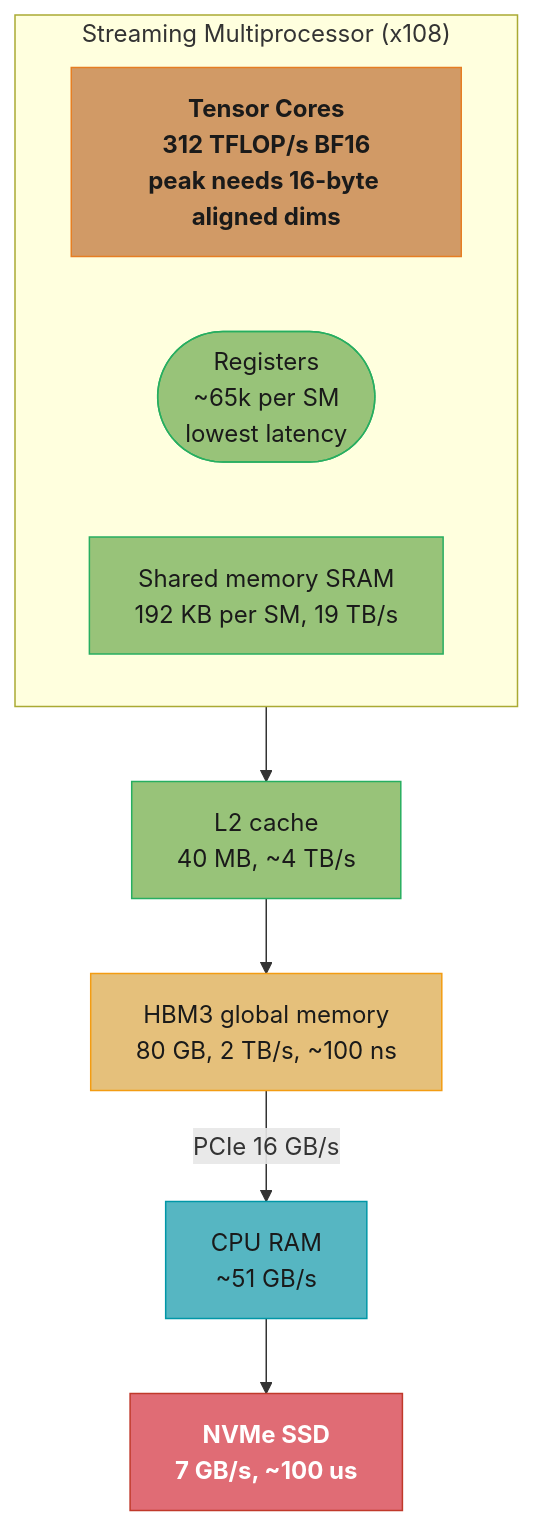
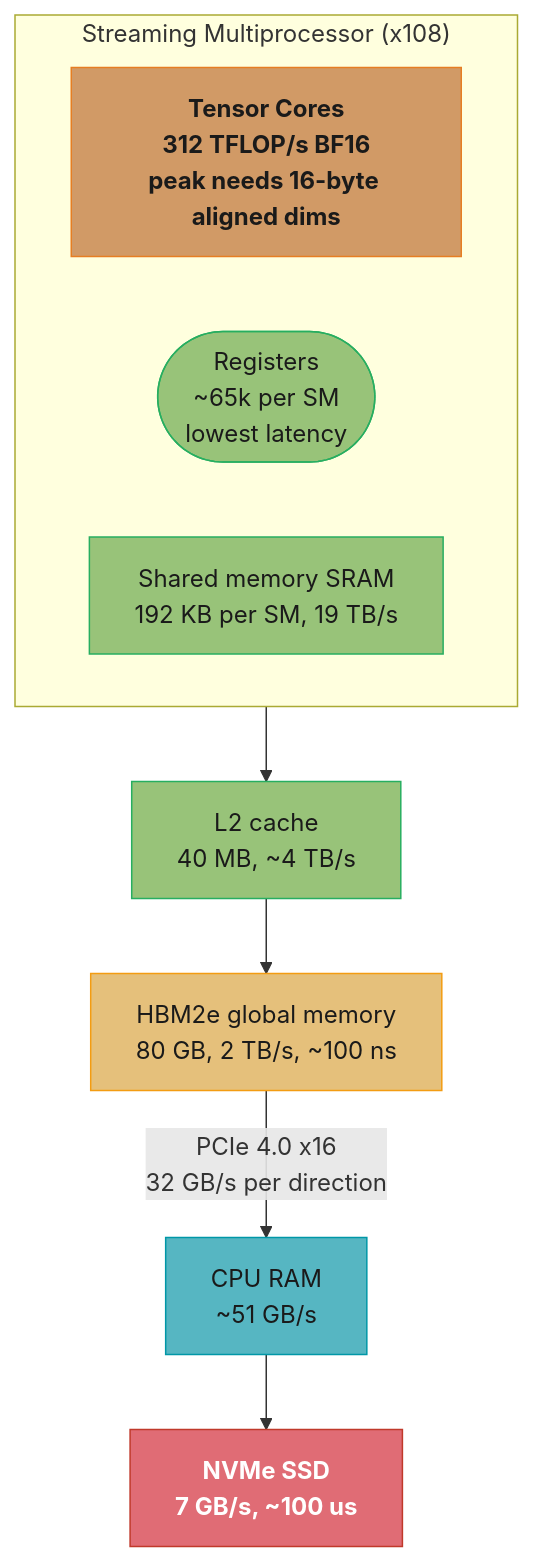
The first of 5 diagrams in src/main/java/com/rutik/systemdesign/ml/gpu_and_hardware_optimization/gpu_and_hardware_optimization.md (rppol/system-design), drawn with Mermaid before and after one commit. The commit also changed other lines of this file and 38 other files, not shown here.

````diff
--- a/src/main/java/com/rutik/systemdesign/ml/gpu_and_hardware_optimization/gpu_and_hardware_optimization.md
+++ b/src/main/java/com/rutik/systemdesign/ml/gpu_and_hardware_optimization/gpu_and_hardware_optimization.md
@@ -87,26 +87,26 @@
 ```mermaid
 flowchart TD
     classDef io      fill:#61afef,stroke:#2e86c1,color:#1a1a1a,font-weight:bold
     classDef frozen  fill:#c678dd,stroke:#9b59b6,color:#fff
     classDef train   fill:#98c379,stroke:#27ae60,color:#1a1a1a
     classDef mathOp  fill:#d19a66,stroke:#e67e22,color:#1a1a1a,font-weight:bold
     classDef lossN   fill:#e06c75,stroke:#c0392b,color:#fff,font-weight:bold
     classDef req     fill:#56b6c2,stroke:#0097a7,color:#1a1a1a
     classDef base    fill:#e5c07b,stroke:#f39c12,color:#1a1a1a
 
     subgraph SM["Streaming Multiprocessor (x108)"]
         tc["Tensor Cores\n312 TFLOP/s BF16\npeak needs 16-byte aligned dims"]
         reg(["Registers\n~65k per SM\nlowest latency"])
         smem["Shared memory SRAM\n192 KB per SM, 19 TB/s"]
     end
     SM --> l2["L2 cache\n40 MB, ~4 TB/s"]
-    l2 --> hbm["HBM3 global memory\n80 GB, 2 TB/s, ~100 ns"]
-    hbm -->|"PCIe 16 GB/s"| cpu["CPU RAM\n~51 GB/s"]
+    l2 --> hbm["HBM2e global memory\n80 GB, 2 TB/s, ~100 ns"]
+    hbm -->|"PCIe 4.0 x16<br/>32 GB/s per direction"| cpu["CPU RAM\n~51 GB/s"]
     cpu --> nvme["NVMe SSD\n7 GB/s, ~100 us"]
 
     class tc mathOp
     class reg,smem,l2 train
     class hbm base
     class cpu req
     class nvme lossN
 ```
````
